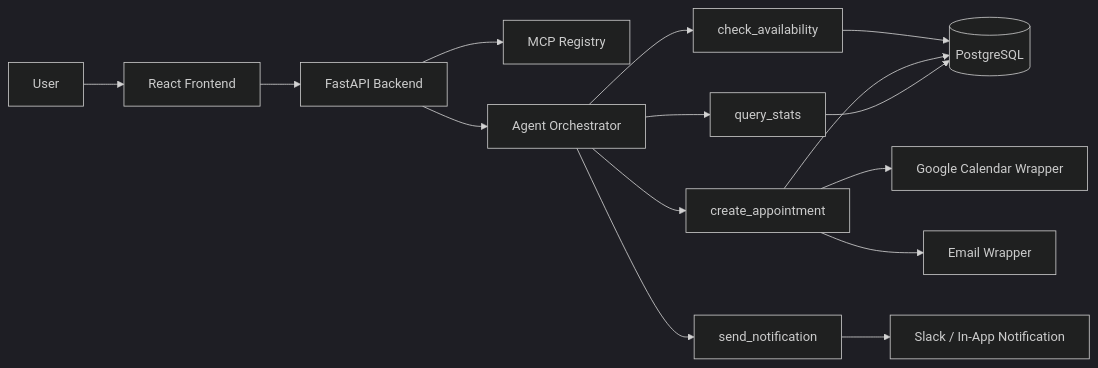
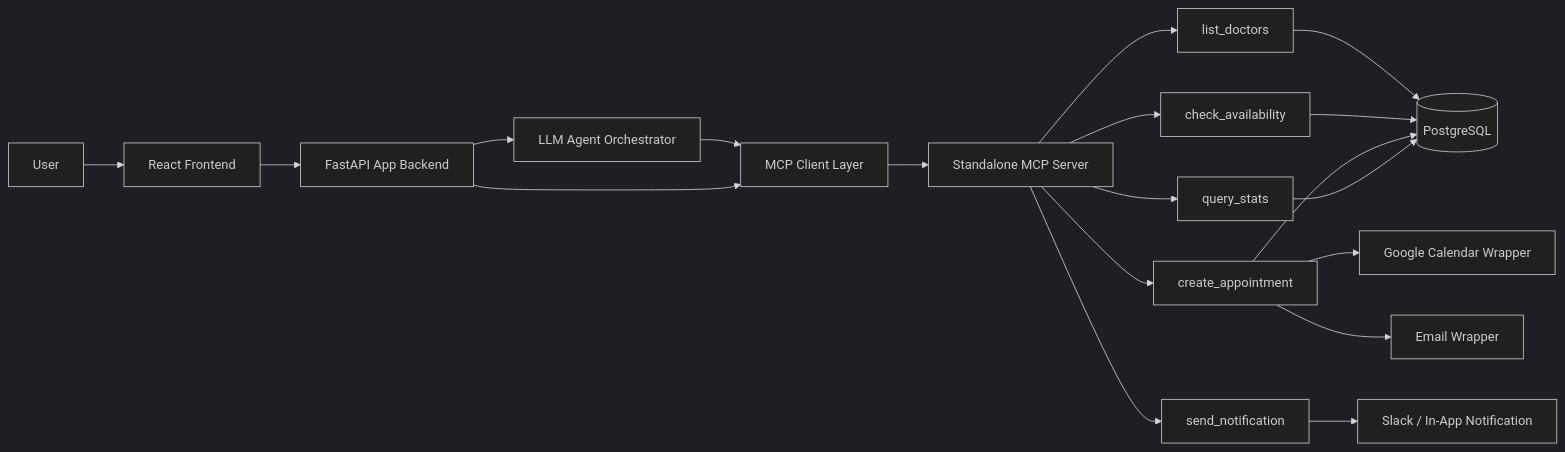
One commit to vijayshreepathak/Booking-MCP changed the diagram in README.md. Above: the diagram before and after it, drawn with Mermaid (dark theme). The commit also changed other lines of this file and 10 other files, not shown here.

First line of the commit message:
Implement a true MCP client-server architecture for tool discovery and invocation.

````diff
--- a/README.md
+++ b/README.md
@@ -64,31 +66,37 @@
 ```mermaid
 flowchart LR
     U[User]
     F[React Frontend]
-    B[FastAPI Backend]
-    M[MCP Registry]
-    A[Agent Orchestrator]
-    T1[check_availability]
-    T2[create_appointment]
-    T3[query_stats]
-    T4[send_notification]
+    B[FastAPI App Backend]
+    C[MCP Client Layer]
+    S[Standalone MCP Server]
+    A[LLM Agent Orchestrator]
+    T1[list_doctors]
+    T2[check_availability]
+    T3[create_appointment]
+    T4[query_stats]
+    T5[send_notification]
     DB[(PostgreSQL)]
     GC[Google Calendar Wrapper]
     EM[Email Wrapper]
     NF[Slack / In-App Notification]
 
     U --> F
     F --> B
-    B --> M
     B --> A
-    A --> T1
-    A --> T2
-    A --> T3
-    A --> T4
+    A --> C
+    B --> C
+    C --> S
+    S --> T1
+    S --> T2
+    S --> T3
+    S --> T4
+    S --> T5
     T1 --> DB
     T2 --> DB
-    T2 --> GC
-    T2 --> EM
     T3 --> DB
-    T4 --> NF
+    T3 --> GC
+    T3 --> EM
+    T4 --> DB
+    T5 --> NF
 ```
````
